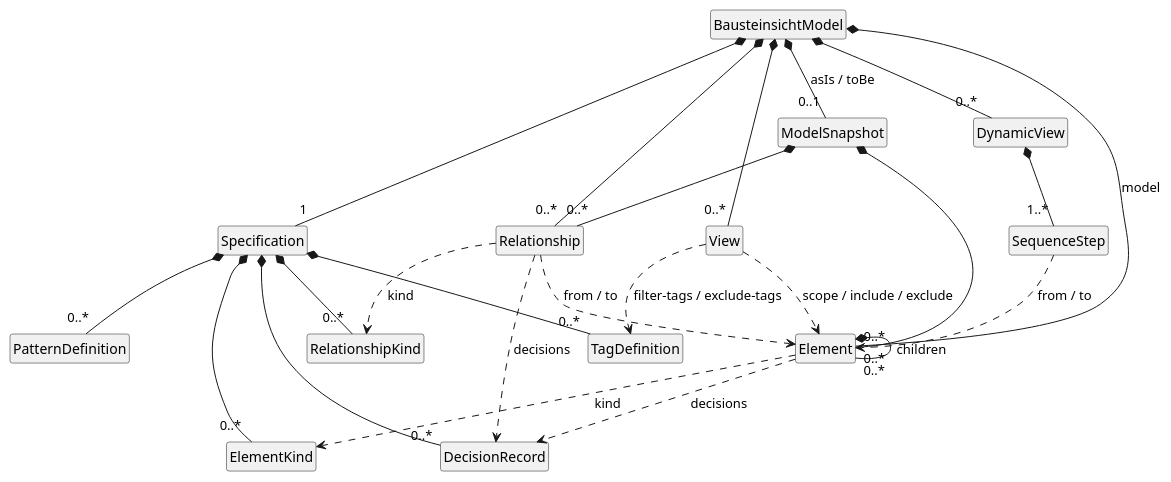
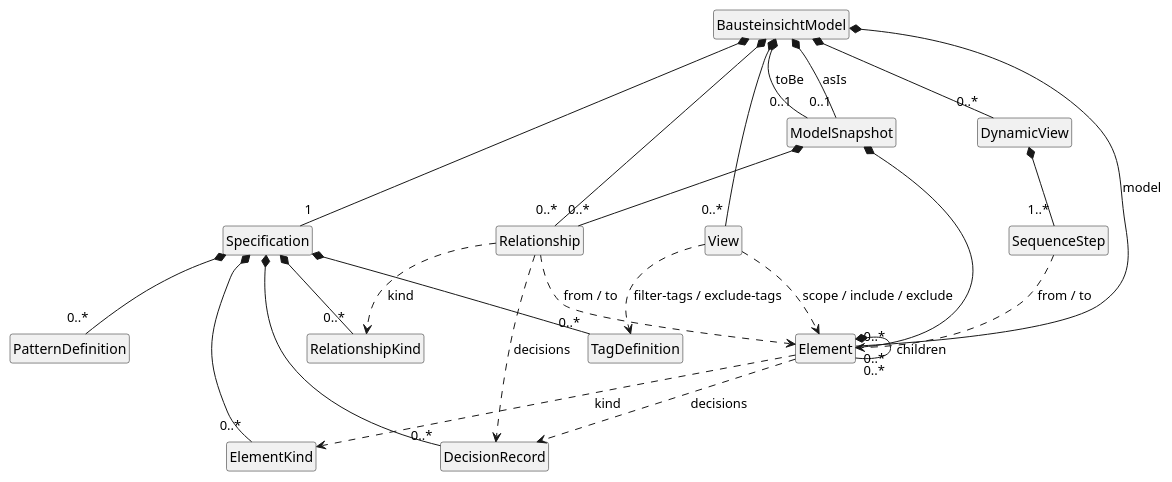
The first of 2 diagrams in src/docs/spec/03_data_models.adoc (docToolchain/Bausteinsicht), drawn with PlantUML before and after one commit. The commit also changed other lines of this file, not shown here.

First line of the commit message:
docs(spec): address Copilot review on #464 (entity model + validation rules)

```diff
--- a/src/docs/spec/03_data_models.adoc
+++ b/src/docs/spec/03_data_models.adoc
@@ -38,52 +38,53 @@
 [plantuml, model-entity-model, png]
 ....
 @startuml
 hide circle
 hide empty members
 skinparam classAttributeIconSize 0
 
 class BausteinsichtModel
 class Specification
 class ElementKind
 class RelationshipKind
 class TagDefinition
 class PatternDefinition
 class DecisionRecord
 class Element
 class Relationship
 class View
 class DynamicView
 class SequenceStep
 class ModelSnapshot
 
 BausteinsichtModel *-- "1" Specification
 BausteinsichtModel *-- "0..*" Element : model
 BausteinsichtModel *-- "0..*" Relationship
 BausteinsichtModel *-- "0..*" View
 BausteinsichtModel *-- "0..*" DynamicView
-BausteinsichtModel *-- "0..1" ModelSnapshot : asIs / toBe
+BausteinsichtModel *-- "0..1" ModelSnapshot : asIs
+BausteinsichtModel *-- "0..1" ModelSnapshot : toBe
 
 Specification *-- "0..*" ElementKind
 Specification *-- "0..*" RelationshipKind
 Specification *-- "0..*" TagDefinition
 Specification *-- "0..*" PatternDefinition
 Specification *-- "0..*" DecisionRecord
 
 Element *-- "0..*" Element : children
 Element ..> ElementKind : kind
 Element ..> DecisionRecord : decisions
 
 Relationship ..> Element : from / to
 Relationship ..> RelationshipKind : kind
 Relationship ..> DecisionRecord : decisions
 
 View ..> Element : scope / include / exclude
 View ..> TagDefinition : filter-tags / exclude-tags
 
 DynamicView *-- "1..*" SequenceStep
 SequenceStep ..> Element : from / to
 
 ModelSnapshot *-- "0..*" Element
 ModelSnapshot *-- "0..*" Relationship
 @enduml
 ....
```
